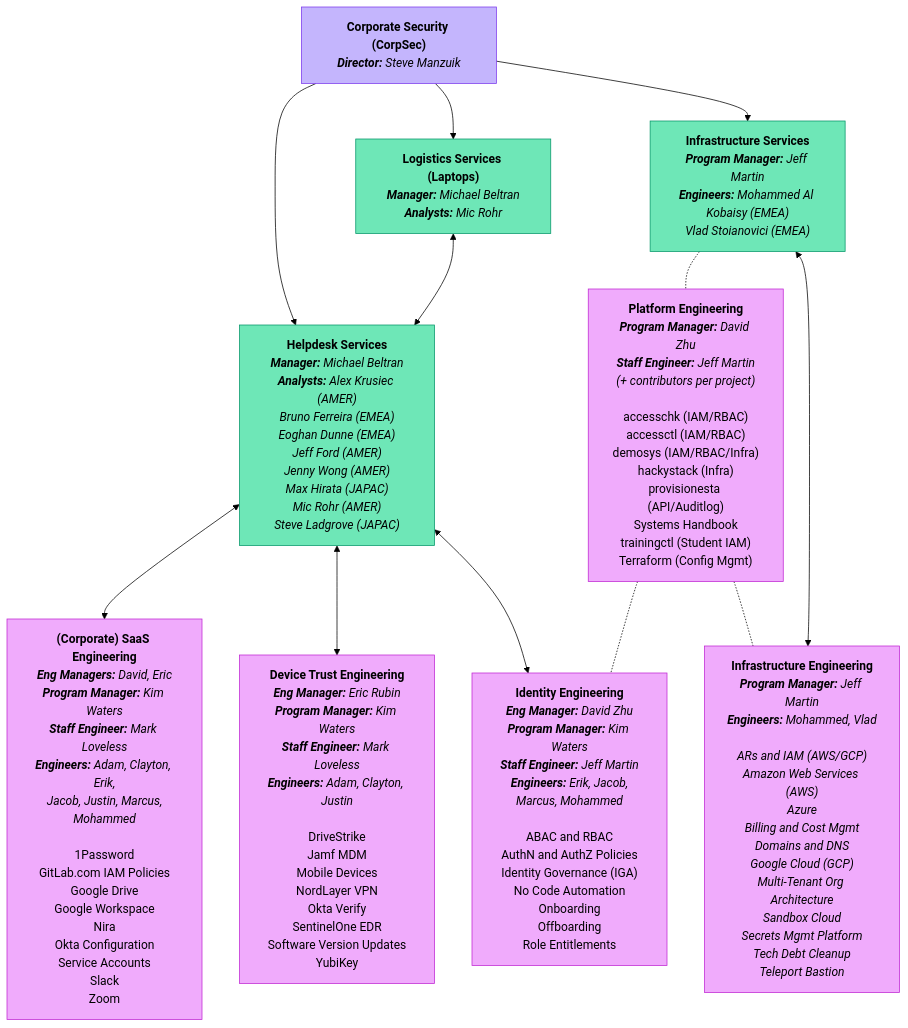
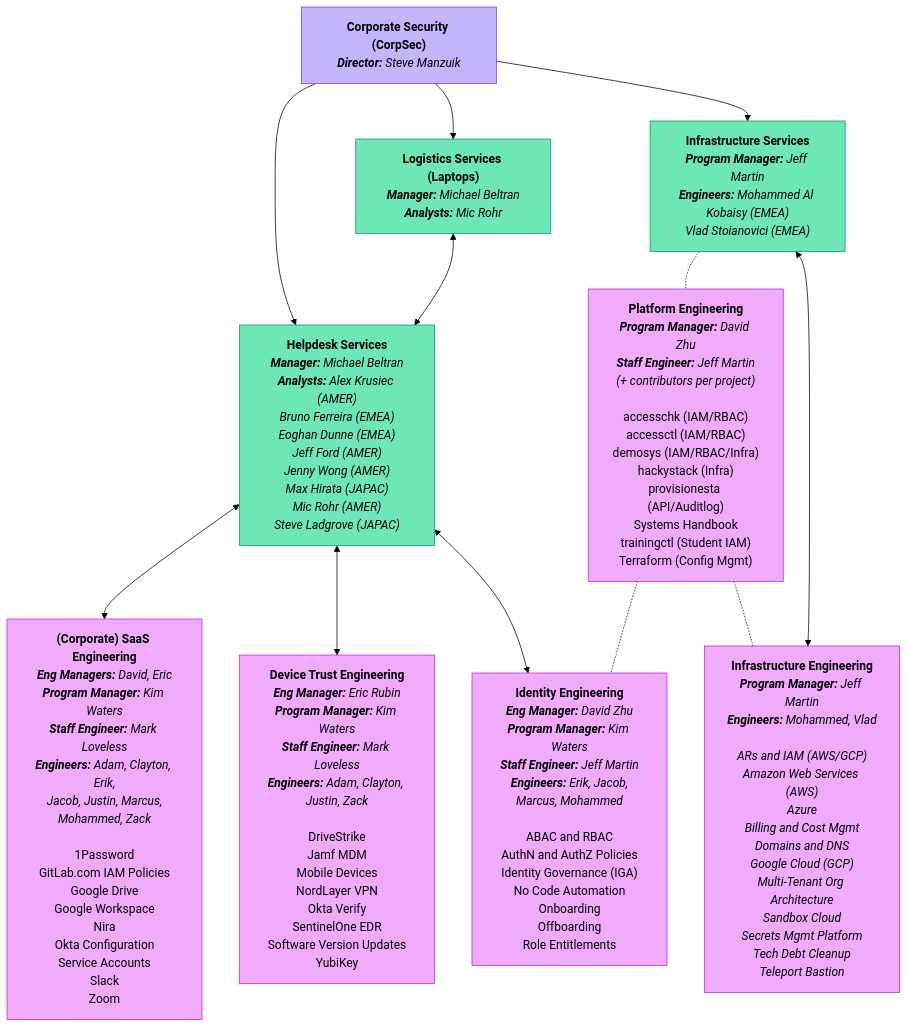
Before and after one commit to secretstartups/handbook: the first of 2 diagrams in content/handbook/security/corporate/team/_index.md, drawn with Mermaid (forest theme). The commit also changed other lines of this file and 1 other file, not shown here.

````diff
--- a/content/handbook/security/corporate/team/_index.md
+++ b/content/handbook/security/corporate/team/_index.md
@@ -466,44 +485,44 @@
 ```mermaid
 graph TB
 
 CORPSEC_SVC["<b>Corporate Security (CorpSec)</b><br><i><b>Director:</b> Steve Manzuik</i>"]:::violet
 
 CORPSEC_SVC_HELPDESK["<b>Helpdesk Services</b><br><i><b>Manager:</b> Michael Beltran</i><br><i><b>Analysts:</b> Alex Krusiec (AMER)<br>Bruno Ferreira (EMEA)<br>Eoghan Dunne (EMEA)<br>Jeff Ford (AMER)<br>Jenny Wong (AMER)<br>Max Hirata (JAPAC)<br>Mic Rohr (AMER)<br>Steve Ladgrove (JAPAC)"]:::emerald
 CORPSEC_SVC_LOGISTICS["<b>Logistics Services (Laptops)</b><br><i><b>Manager:</b> Michael Beltran</i><br><i><b>Analysts:</b> Mic Rohr</i>"]:::emerald
 CORPSEC_SVC_INFRA["<b>Infrastructure Services</b><br><i><b>Program Manager:</b> Jeff Martin</i><br><i><b>Engineers:</b> Mohammed Al Kobaisy (EMEA)<br>Vlad Stoianovici (EMEA)"]:::emerald
 
-CORPSEC_ENG_SAAS["<b>(Corporate) SaaS Engineering</b><br><i><b>Eng Managers:</b> David, Eric</i><br><i><b>Program Manager:</b> Kim Waters</i><br><i><b>Staff Engineer:</b> Mark Loveless</i><br><i><b>Engineers:</b> Adam, Clayton, Erik,<br> Jacob, Justin, Marcus, Mohammed</i><br><br>1Password<br>GitLab.com IAM Policies<br>Google Drive<br>Google Workspace<br>Nira<br>Okta Configuration<br>Service Accounts<br>Slack<br>Zoom"]:::fuchsia
-CORPSEC_ENG_DEVICE["<b>Device Trust Engineering</b><br><i><b>Eng Manager:</b> Eric Rubin</i><br><i><b>Program Manager:</b> Kim Waters</i><br><i><b>Staff Engineer:</b> Mark Loveless</i><br><i><b>Engineers:</b> Adam, Clayton, Justin</i><br><br>DriveStrike<br>Jamf MDM<br>Mobile Devices<br>NordLayer VPN<br>Okta Verify<br>SentinelOne EDR<br>Software Version Updates<br>YubiKey"]:::fuchsia
+CORPSEC_ENG_SAAS["<b>(Corporate) SaaS Engineering</b><br><i><b>Eng Managers:</b> David, Eric</i><br><i><b>Program Manager:</b> Kim Waters</i><br><i><b>Staff Engineer:</b> Mark Loveless</i><br><i><b>Engineers:</b> Adam, Clayton, Erik,<br> Jacob, Justin, Marcus, Mohammed, Zack</i><br><br>1Password<br>GitLab.com IAM Policies<br>Google Drive<br>Google Workspace<br>Nira<br>Okta Configuration<br>Service Accounts<br>Slack<br>Zoom"]:::fuchsia
+CORPSEC_ENG_DEVICE["<b>Device Trust Engineering</b><br><i><b>Eng Manager:</b> Eric Rubin</i><br><i><b>Program Manager:</b> Kim Waters</i><br><i><b>Staff Engineer:</b> Mark Loveless</i><br><i><b>Engineers:</b> Adam, Clayton, Justin, Zack</i><br><br>DriveStrike<br>Jamf MDM<br>Mobile Devices<br>NordLayer VPN<br>Okta Verify<br>SentinelOne EDR<br>Software Version Updates<br>YubiKey"]:::fuchsia
 CORPSEC_ENG_IDENTITY["<b>Identity Engineering</b><br><i><b>Eng Manager:</b> David Zhu</i><br><i><b>Program Manager:</b> Kim Waters</i><br><i><b>Staff Engineer:</b> Jeff Martin</i><br><i><b>Engineers:</b> Erik, Jacob,<br>Marcus, Mohammed</i><br><br>ABAC and RBAC<br>AuthN and AuthZ Policies<br>Identity Governance (IGA)<br>No Code Automation<br>Onboarding<br>Offboarding<br>Role Entitlements"]:::fuchsia
 CORPSEC_ENG_INFRA["<b>Infrastructure Engineering</b><br><i><b>Program Manager:</b> Jeff Martin</i><br><i><b>Engineers:</b> Mohammed, Vlad<br><br>ARs and IAM (AWS/GCP)<br>Amazon Web Services (AWS)<br>Azure<br>Billing and Cost Mgmt<br>Domains and DNS<br>Google Cloud (GCP)<br>Multi-Tenant Org Architecture<br>Sandbox Cloud<br>Secrets Mgmt Platform<br>Tech Debt Cleanup<br>Teleport Bastion"]:::fuchsia
 CORPSEC_ENG_PLATFORM["<b>Platform Engineering</b><br><i><b>Program Manager:</b> David Zhu</i><br><i><b>Staff Engineer:</b> Jeff Martin</i><br><i>(+ contributors per project)</i><br><br>accesschk (IAM/RBAC)<br>accessctl (IAM/RBAC)<br>demosys (IAM/RBAC/Infra)<br>hackystack (Infra)<br>provisionesta (API/Auditlog)<br>Systems Handbook<br>trainingctl (Student IAM)<br>Terraform (Config Mgmt)"]:::fuchsia
 
 CORPSEC_SVC --> CORPSEC_SVC_HELPDESK
 CORPSEC_SVC --> CORPSEC_SVC_LOGISTICS
 CORPSEC_SVC --> CORPSEC_SVC_INFRA
 CORPSEC_SVC_HELPDESK <--> CORPSEC_ENG_SAAS
 CORPSEC_SVC_HELPDESK <--> CORPSEC_ENG_DEVICE
 CORPSEC_SVC_HELPDESK <--> CORPSEC_ENG_IDENTITY
 CORPSEC_SVC_LOGISTICS <--> CORPSEC_SVC_HELPDESK
 %% CORPSEC_ENG -.- CORPSEC_ENG_SAAS
 %% CORPSEC_ENG -.- CORPSEC_ENG_DEVICE
 %% CORPSEC_ENG -.- CORPSEC_ENG_IDENTITY
 %% CORPSEC_ENG -.- CORPSEC_ENG_INFRA
 %% CORPSEC_ENG -.- CORPSEC_ENG_PLATFORM
 CORPSEC_SVC_INFRA -.- CORPSEC_ENG_PLATFORM
 CORPSEC_ENG_PLATFORM -.- CORPSEC_ENG_IDENTITY
 CORPSEC_ENG_PLATFORM -.- CORPSEC_ENG_INFRA
 CORPSEC_SVC_INFRA <--> CORPSEC_ENG_INFRA
 %% CORPSEC_ENG_IDENTITY -.- CORPSEC_ENG_PLATFORM
 %% CORPSEC_ENG_INFRA -.- CORPSEC_ENG_PLATFORM
 
 classDef slate fill:#cbd5e1,stroke:#475569,stroke-width:1px;
 classDef red fill:#fca5a5,stroke:#dc2626,stroke-width:1px;
 classDef orange fill:#fdba74,stroke:#ea580c,stroke-width:1px;
 classDef yellow fill:#fcd34d,stroke:#ca8a04,stroke-width:1px;
 classDef emerald fill:#6ee7b7,stroke:#059669,stroke-width:1px;
 classDef cyan fill:#67e8f9,stroke:#0891b2,stroke-width:1px;
 classDef sky fill:#7dd3fc,stroke:#0284c7,stroke-width:1px;
 classDef violet fill:#c4b5fd,stroke:#7c3aed,stroke-width:1px;
 classDef fuchsia fill:#f0abfc,stroke:#c026d3,stroke-width:1px;
 ```
````
